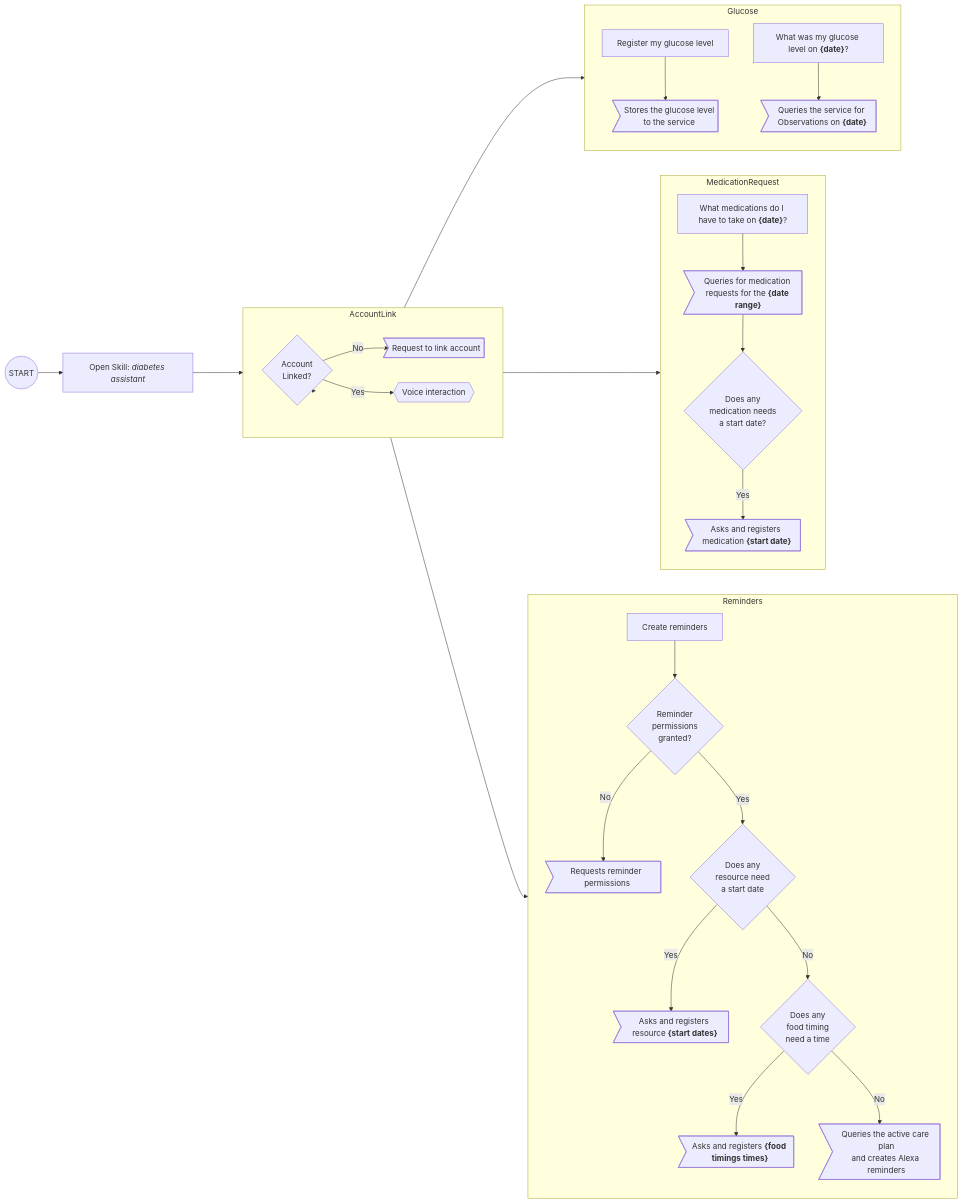
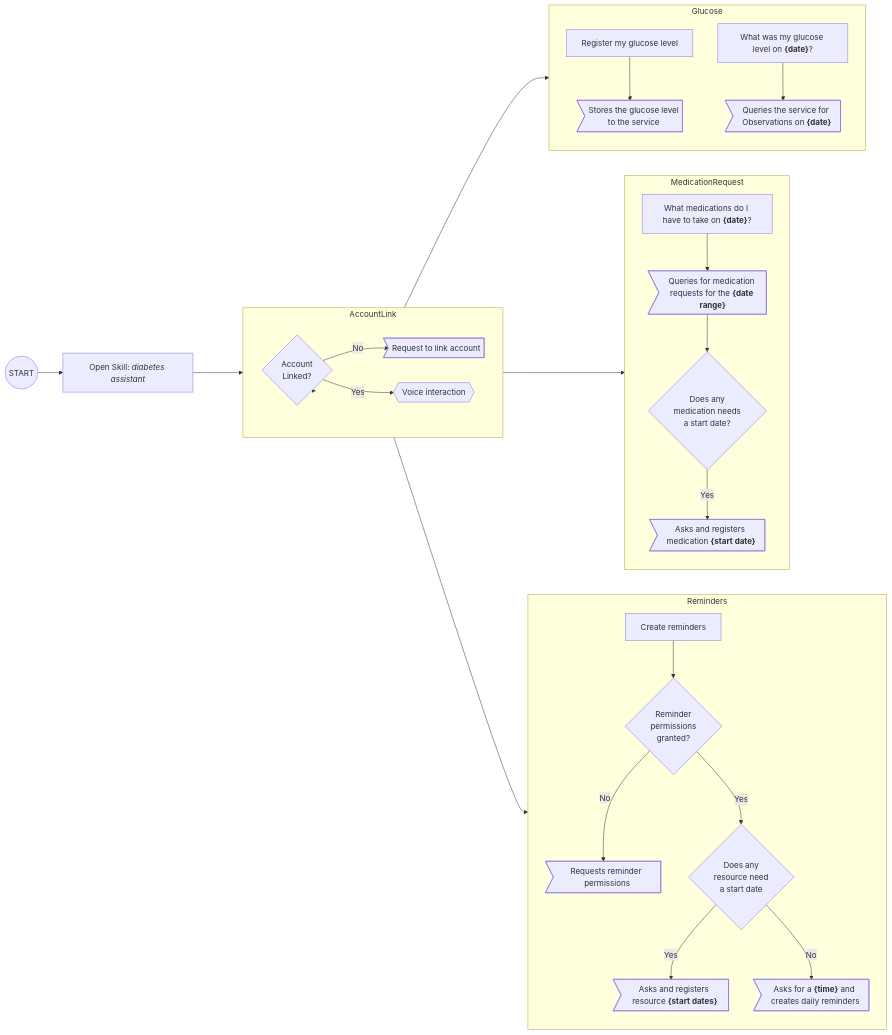
One commit to adonozo/diabetes-assistant-skill changed the fifth of 5 diagrams in alexa-model.md. Above: the diagram before and after it, drawn with Mermaid. The commit also changed other lines of this file, not shown here.

Commit message:
Update interaction model docs

````diff
--- a/alexa-model.md
+++ b/alexa-model.md
@@ -65,106 +66,59 @@
 ```mermaid
-
 flowchart LR
 
     S((START))
-
     A1["`Open Skill: *diabetes assistant*`"]
-
     C1{Account\nLinked?}
-
     R1>Request to link account]
-
     VI{{Voice interaction}}
-
     R2[Register my glucose level]
-
     A2>Stores the glucose level\nto the service]
-
     R3["`What was my glucose level on **{date}**?`"]
-
     A3>"`Queries the service for Observations on **{date}**`"]
-
     R4["`What medications do I have to take on **{date}**?`"]
-
     A4>"`Queries for medication requests for the **{date range}**`"]
-
     R5[Create reminders]
-
-    A5A>Queries the active care plan\nand creates Alexa reminders]
-
+    A5A>"`Asks for a **{time}** and creates daily reminders`"]
     C2{Reminder\npermissions\ngranted?}
-
     A5B>Requests reminder permissions]
-
     C3{Does any\nmedication needs\na start date?}
-
     A4B>"`Asks and registers medication **{start date}**`"]
-
     C4{Does any\nresource need\na start date}
-
     A6>"`Asks and registers resource **{start dates}**`"]
 
-    C5{Does any\nfood timing\nneed a time}
-
-    A7>"`Asks and registers **{food timings times}**`"]
-
-    
     S --> A1
-
     A1 ---> C1
 
     AccountLink --> C1
 
     subgraph AccountLink
-
         direction LR
-
         C1 -->|No| R1
-
         C1 -->|Yes| VI
-
     end
 
     VI --> Glucose
 
     subgraph Glucose
-
         R2 --> A2
-
         R3 --> A3
-
     end
 
     VI --> MedicationRequest
 
     subgraph MedicationRequest
-
         R4 --> A4
-
         A4 --> C3
-
         C3 -->|Yes| A4B
-
     end
 
     VI --> Reminders
 
     subgraph Reminders
-
         R5 --> C2
-
         C2 -->|No| A5B
-
         C2 -->|Yes| C4
-
         C4 -->|Yes| A6
-
-        C4 -->|No| C5
-
-        C5 -->|Yes| A7
-
-        C5 -->|No| A5A
-
+        C4 -->|No| A5A
     end
-
 ```
````
